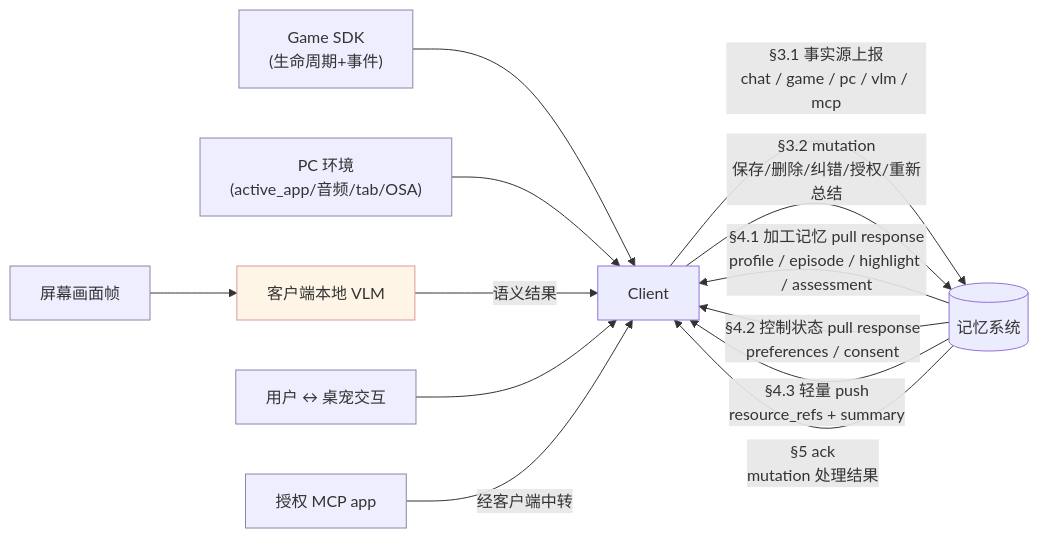
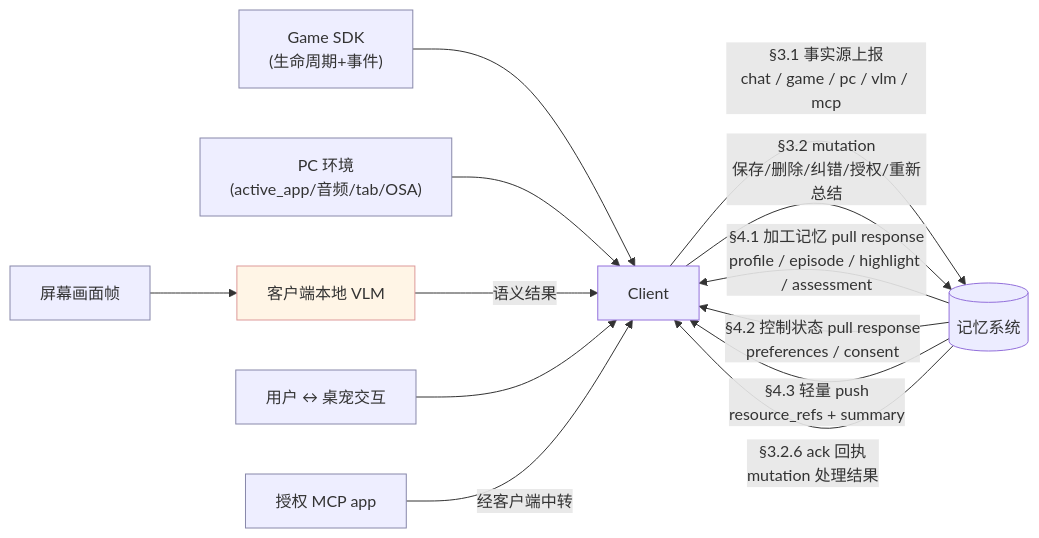
One commit to uu-yaya/ai-product-builder changed the second of 13 diagrams in projects/desktop-pet/01-pm/branches/memory-dataset/DATA_FLOW_REQUIREMENT_SPECIFICATION.md. Above: the diagram before and after it, drawn with Mermaid. The commit also changed other lines of this file and 1 other file, not shown here.

Commit message:
edit projects/desktop-pet/01-pm/branches/memory-dataset/DATA_FLOW_REQUIREMENT_SPECIFICATION.md via md-canvas

````diff
--- a/projects/desktop-pet/01-pm/branches/memory-dataset/DATA_FLOW_REQUIREMENT_SPECIFICATION.md
+++ b/projects/desktop-pet/01-pm/branches/memory-dataset/DATA_FLOW_REQUIREMENT_SPECIFICATION.md
@@ -102,19 +102,19 @@
 ```mermaid
 flowchart LR
   GameSDK["Game SDK<br/>(生命周期+事件)"]:::ext --> Client
   PC["PC 环境<br/>(active_app/音频/tab/OSA)"]:::ext --> Client
   Screen["屏幕画面帧"]:::ext --> LocalVLM["客户端本地 VLM"]:::local
   LocalVLM -->|语义结果| Client
   UserPet["用户 ↔ 桌宠交互"]:::ext --> Client
   MCPApp["授权 MCP app"]:::ext -->|经客户端中转| Client
 
   Client -->|"§3.1 事实源上报<br/>chat / game / pc / vlm / mcp"| Memory[(记忆系统)]
   Client -->|"§3.2 mutation<br/>保存/删除/纠错/授权/重新总结"| Memory
   Memory -->|"§4.1 加工记忆 pull response<br/>profile / episode / highlight / assessment"| Client
   Memory -->|"§4.2 控制状态 pull response<br/>preferences / consent"| Client
   Memory -->|"§4.3 轻量 push<br/>resource_refs + summary"| Client
-  Memory -->|"§5 ack<br/>mutation 处理结果"| Client
+  Memory -->|"§3.2.6 ack 回执<br/>mutation 处理结果"| Client
 
   classDef ext fill:#eef,stroke:#88a;
   classDef local fill:#fff5e6,stroke:#d99;
 ```
````
